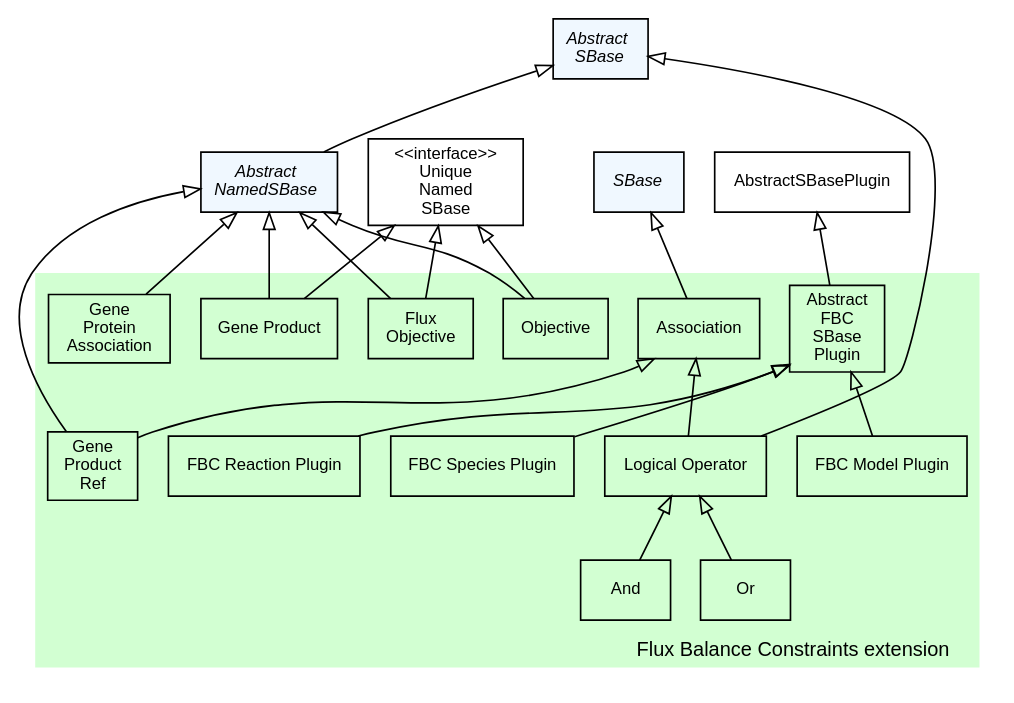
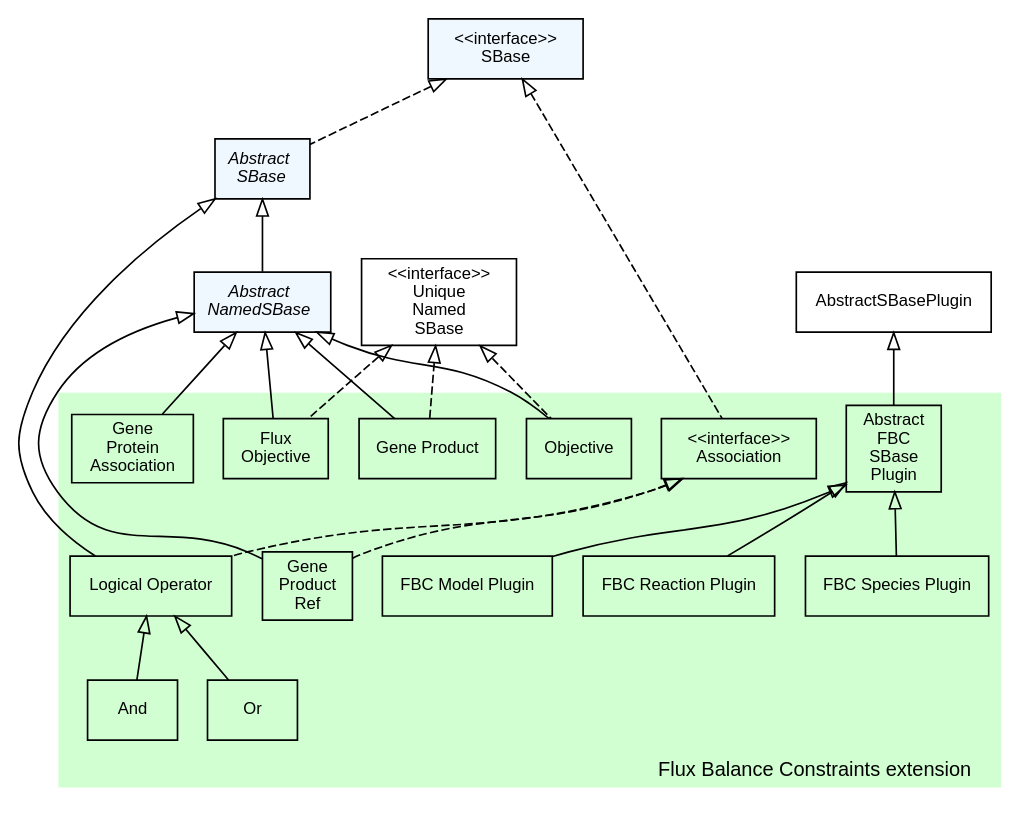
The diagram in extensions/fbc/doc/img/type_hierarchy.dot (sbmlteam/jsbml), drawn with Graphviz before and after one commit. The commit also changed 28 other files, not shown here.

Commit message:
Improved and corrected several type hierarchy graphs and also fixed a few compile warnings in the multi package. The type hierarchy graph for multi has also been created now.

```diff
--- a/extensions/fbc/doc/img/type_hierarchy.dot
+++ b/extensions/fbc/doc/img/type_hierarchy.dot
@@ -1,110 +1,109 @@
 #!/usr/local/bin/dot
 #
 # dot -Tpdf type_hierarchy.dot -otype_hierarchy.pdf && acroread type_hierarchy.pdf &
 # dot -Tpng type_hierarchy.dot -otype_hierarchy.png
 #
 # $Id$
 # $URL$
 # $Rev$
 /*
  * Overview of the Fbc extension type hierarchy
  */
 
 strict digraph G{
 
 	 nodesep=0.25;
 	 ranksep=0.5;
 
 	 edge [
 	   fontname="Helvetica",
 	   fontsize=10,
 	   labelfontname="Helvetica",
 	   labelfontsize=10
 	 ];
 	 node [
 	   fontname="Helvetica",
 	   fontsize=10,
 	   shape=box
 	 ];
 	 
 	 /*
    * Abstract data types
    */
-  AbstractNamedSBase                       [label=<<font face="Helvetica-Oblique">Abstract<br/>NamedSBase</font>>, style="filled", fillcolor="#F0F8FF"];
-  AbstractSBase                            [label=<<font face="Helvetica-Oblique">Abstract<br/>SBase</font>>, style="filled", fillcolor="#F0F8FF"];
-  SBase                            		   [label=<<font face="Helvetica-Oblique">SBase</font>>, style="filled", fillcolor="#F0F8FF"];
+  AbstractNamedSBase        [label=<<font face="Helvetica-Oblique">Abstract<br/>NamedSBase</font>>, style="filled", fillcolor="#F0F8FF"];
+  AbstractSBase             [label=<<font face="Helvetica-Oblique">Abstract<br/>SBase</font>>, style="filled", fillcolor="#F0F8FF"];
 
  /*
   * Interfaces
   */
  
-  UniqueNamedSBase                               [label="<<interface>>\nUnique\nNamed\nSBase"];  
+  UniqueNamedSBase          [label="<<interface>>\nUnique\nNamed\nSBase"];  
+  SBase                     [label="<<interface>>\nSBase", style="filled", fillcolor="#F0F8FF"];
  	
   /*********************
    * Inheritance graph *
    *********************/
   
   AbstractSBase              -> AbstractNamedSBase         [dir=back,arrowtail=empty];
   
    
   subgraph clusterFbc {
     fontname="Helvetica";
     fontsize=12;
     style="filled";
     fillcolor="#d2ffd2"
     color="#ffffff"
     label="Flux Balance Constraints extension";
     labelloc=b;
     labeljust=r;
 
     // Interfaces
- 	Association                   [label="<<interface>>\nAssociation"];
+    Association                   [label="<<interface>>\nAssociation"];
     
     // Objects
     And                           [label="And"];
     Or                            [label="Or"];
     AbstractFBCSBasePlugin        [label="Abstract\nFBC\nSBase\nPlugin"];
     LogicalOperator               [label="Logical Operator"];
-    Association                   [label="Association"];
     FBCModelPlugin                [label="FBC Model Plugin"];
     FBCReactionPlugin             [label="FBC Reaction Plugin"];
     FBCSpeciesPlugin              [label="FBC Species Plugin"];
     FluxObjective                 [label="Flux\nObjective"];
     GeneProduct                   [label="Gene Product"];
-    GeneProductRef				  [label="Gene\nProduct\nRef"];
-    GeneProteinAssociation		  [label="Gene\nProtein\nAssociation"];
-    Objective					  [label="Objective"];
+    GeneProductRef	          [label="Gene\nProduct\nRef"];
+    GeneProteinAssociation        [label="Gene\nProtein\nAssociation"];
+    Objective	                  [label="Objective"];
     
     /*
      * Inheritance graph
      */
-     LogicalOperator -> And		       				[dir=back,arrowtail=empty];
-     LogicalOperator -> Or      	 				[dir=back,arrowtail=empty];
-     Association -> GeneProductRef 					[dir=back,arrowtail=empty];
-     Association -> LogicalOperator 				[dir=back,arrowtail=empty];
-     AbstractFBCSBasePlugin -> FBCModelPlugin    	[dir=back,arrowtail=empty];
-     AbstractFBCSBasePlugin -> FBCReactionPlugin 	[dir=back,arrowtail=empty];
-     AbstractFBCSBasePlugin -> FBCSpeciesPlugin		[dir=back,arrowtail=empty];
+     LogicalOperator        -> And                [dir=back,arrowtail=empty];
+     LogicalOperator        -> Or                 [dir=back,arrowtail=empty];
+     Association            -> GeneProductRef     [dir=back,arrowtail=empty];
+     Association            -> LogicalOperator    [dir=back,arrowtail=empty];
+     AbstractFBCSBasePlugin -> FBCModelPlugin     [dir=back,arrowtail=empty];
+     AbstractFBCSBasePlugin -> FBCReactionPlugin  [dir=back,arrowtail=empty];
+     AbstractFBCSBasePlugin -> FBCSpeciesPlugin   [dir=back,arrowtail=empty];
    }
    
    /*********************
     * Inheritance graph *
     *********************/
     
-   AbstractNamedSBase -> Objective             		[dir=back,arrowtail=empty];
-   AbstractSBase -> LogicalOperator             	[dir=back,arrowtail=empty];
-   AbstractNamedSBase -> GeneProteinAssociation     [dir=back,arrowtail=empty];
-   AbstractNamedSBase -> GeneProductRef             [dir=back,arrowtail=empty];
-   AbstractNamedSBase -> GeneProduct            	[dir=back,arrowtail=empty];
-   AbstractNamedSBase -> FluxObjective              [dir=back,arrowtail=empty];
-   SBase -> Association 							[dir=back,arrowtail=empty];
-   AbstractSBase -> LogicalOperator			    	[dir=back,arrowtail=empty];    
-   AbstractSBasePlugin -> AbstractFBCSBasePlugin    [dir=back,arrowtail=empty];
-   UniqueNamedSBase -> FluxObjective				[dir=back,arrowtail=empty];
-   UniqueNamedSBase -> GeneProduct					[dir=back,arrowtail=empty];
-   Association -> GeneProductRef					[dir=back,arrowtail=empty];
-   Association -> LogicalOperator					[dir=back,arrowtail=empty];
-   UniqueNamedSBase -> Objective					[dir=back,arrowtail=empty];
-
+   AbstractNamedSBase  -> Objective               [dir=back,arrowtail=empty];
+   AbstractSBase       -> LogicalOperator         [dir=back,arrowtail=empty];
+   AbstractNamedSBase  -> GeneProteinAssociation  [dir=back,arrowtail=empty];
+   AbstractNamedSBase  -> GeneProductRef          [dir=back,arrowtail=empty];
+   AbstractNamedSBase  -> GeneProduct             [dir=back,arrowtail=empty];
+   AbstractNamedSBase  -> FluxObjective           [dir=back,arrowtail=empty];
+   SBase               -> AbstractSBase           [dir=back,arrowtail=empty,style=dashed];
+   SBase               -> Association             [dir=back,arrowtail=empty,style=dashed];
+   AbstractSBase       -> LogicalOperator         [dir=back,arrowtail=empty];
+   AbstractSBasePlugin -> AbstractFBCSBasePlugin  [dir=back,arrowtail=empty];
+   UniqueNamedSBase    -> FluxObjective           [dir=back,arrowtail=empty,style=dashed];
+   UniqueNamedSBase    -> GeneProduct             [dir=back,arrowtail=empty,style=dashed];
+   Association         -> GeneProductRef          [dir=back,arrowtail=empty,style=dashed];
+   Association         -> LogicalOperator         [dir=back,arrowtail=empty,style=dashed];
+   UniqueNamedSBase    -> Objective               [dir=back,arrowtail=empty,style=dashed];
 
 }
```
